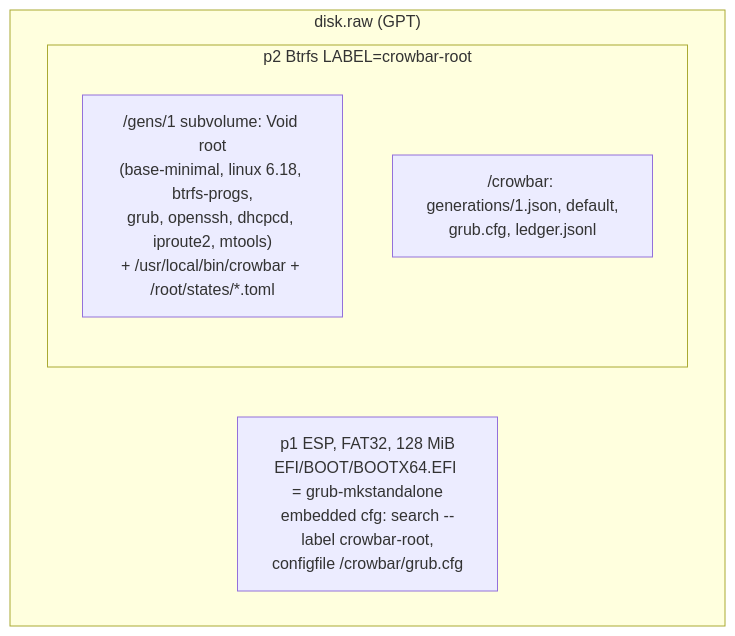
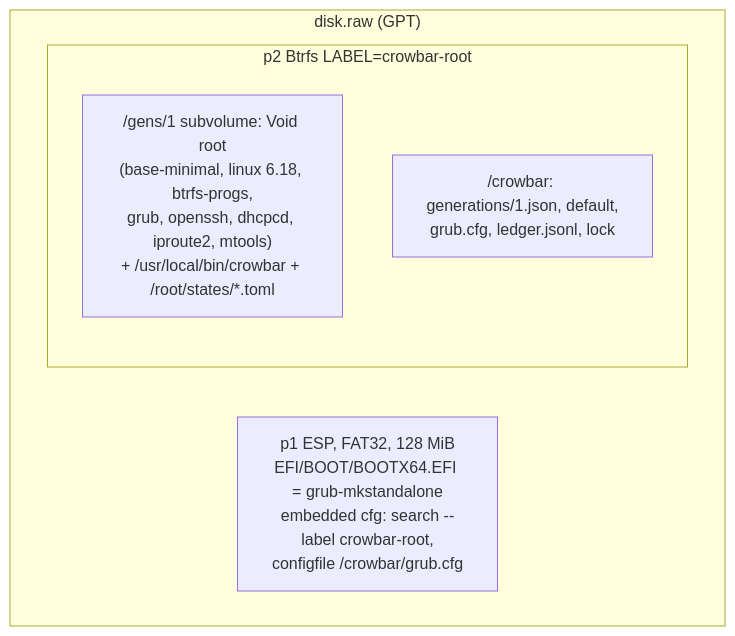
Before and after one commit to crowbaros/crowbaros: the second of 2 diagrams in docs/agent-first/milestone-1.md, drawn with Mermaid. The commit also changed other lines of this file and 14 other files, not shown here.

````diff
--- a/docs/agent-first/milestone-1.md
+++ b/docs/agent-first/milestone-1.md
@@ -58,10 +73,10 @@
 ```mermaid
 flowchart TB
     subgraph DISK["disk.raw (GPT)"]
         ESP["p1 ESP, FAT32, 128 MiB<br/>EFI/BOOT/BOOTX64.EFI = grub-mkstandalone<br/>embedded cfg: search --label crowbar-root,<br/>configfile /crowbar/grub.cfg"]
         subgraph ROOT["p2 Btrfs LABEL=crowbar-root"]
             G["/gens/1 subvolume: Void root<br/>(base-minimal, linux 6.18, btrfs-progs,<br/>grub, openssh, dhcpcd, iproute2, mtools)<br/>+ /usr/local/bin/crowbar + /root/states/*.toml"]
-            C["/crowbar: generations/1.json, default,<br/>grub.cfg, ledger.jsonl"]
+            C["/crowbar: generations/1.json, default,<br/>grub.cfg, ledger.jsonl, lock"]
         end
     end
 ```
````
